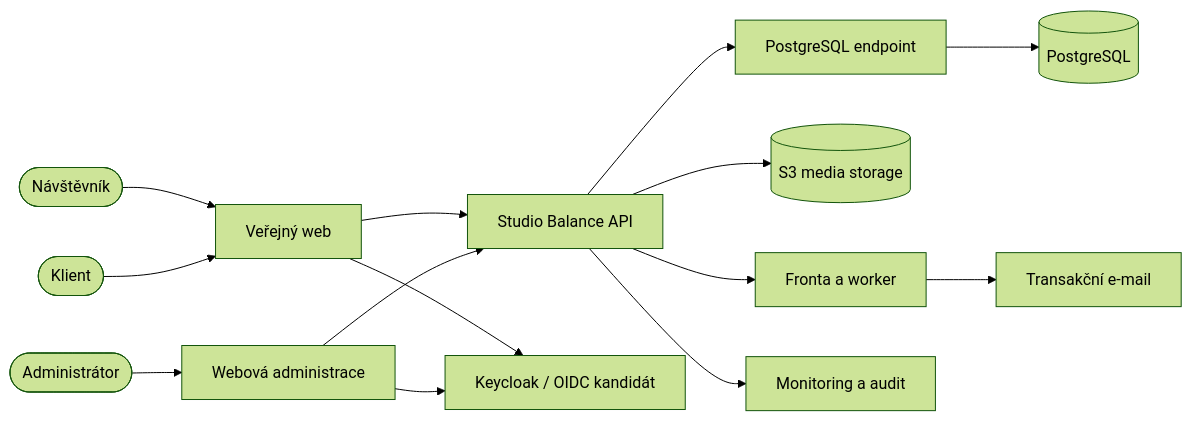
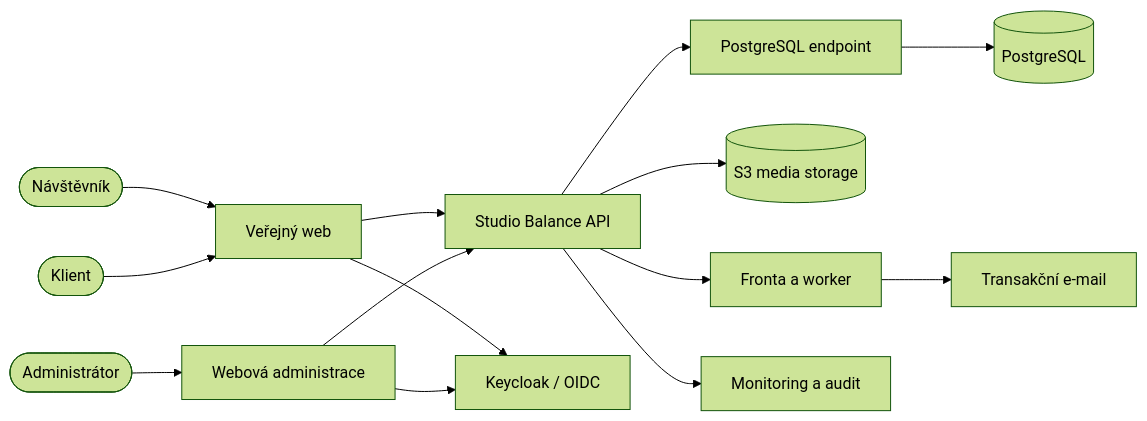
The first of 6 diagrams in docs/architecture.md (voldzi/Studio-Balance), drawn with Mermaid (forest theme) before and after one commit. The commit also changed other lines of this file and 19 other files, not shown here.

Commit message:
Confirm Keycloak identity architecture

````diff
--- a/docs/architecture.md
+++ b/docs/architecture.md
@@ -16,16 +16,16 @@
 ```mermaid
 flowchart LR
   visitor([Návštěvník]) --> web[Veřejný web]
   client([Klient]) --> web
   admin([Administrátor]) --> adminui[Webová administrace]
   web --> api[Studio Balance API]
   adminui --> api
-  web --> oidc[Keycloak / OIDC kandidát]
+  web --> oidc[Keycloak / OIDC]
   adminui --> oidc
   api --> dbproxy[PostgreSQL endpoint]
   dbproxy --> db[(PostgreSQL)]
   api --> media[(S3 media storage)]
   api --> jobs[Fronta a worker]
   jobs --> email[Transakční e-mail]
   api --> telemetry[Monitoring a audit]
 ```
````
